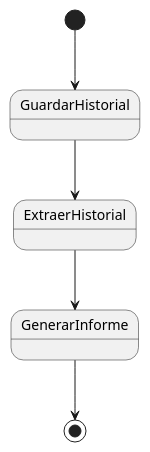
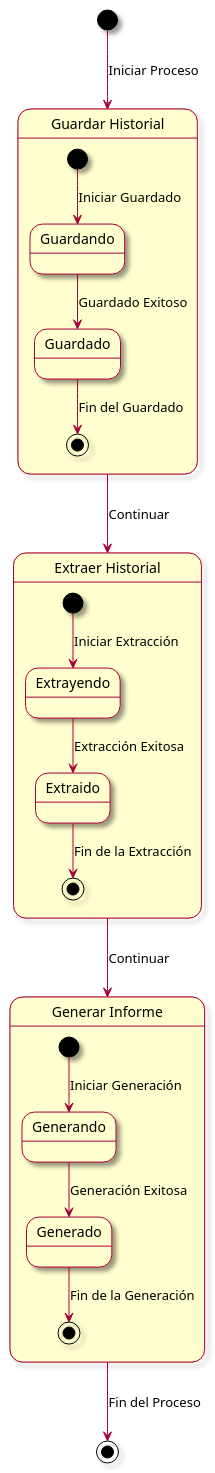
One commit to mmasias/23-24-IdSw1-SDR changed the diagram in modelosUML/CasosDeUsos/CasosDetallados/ExportarInforme.puml. Above: the diagram before and after it, drawn with PlantUML. The commit also changed 1 other file, not shown here.

Commit message:
Dos casos de usos detallados, el de Filtrados y Exportar informe

```diff
--- a/modelosUML/CasosDeUsos/CasosDetallados/ExportarInforme.puml
+++ b/modelosUML/CasosDeUsos/CasosDetallados/ExportarInforme.puml
@@ -1,10 +1,27 @@
 @startuml
+skin rose
 
-state GuardarHistorial
-state GenerarInforme
-state ExtraerHistorial
-[*] -->GuardarHistorial
-GuardarHistorial--> ExtraerHistorial
-ExtraerHistorial-->GenerarInforme
-GenerarInforme--> [*]
+state "Guardar Historial" as GuardarHistorial {
+  [*] --> Guardando : Iniciar Guardado
+  Guardando --> Guardado : Guardado Exitoso
+  Guardado --> [*] : Fin del Guardado
+}
+
+state "Extraer Historial" as ExtraerHistorial {
+  [*] --> Extrayendo : Iniciar Extracción
+  Extrayendo --> Extraido : Extracción Exitosa
+  Extraido --> [*] : Fin de la Extracción
+}
+
+state "Generar Informe" as GenerarInforme {
+  [*] --> Generando : Iniciar Generación
+  Generando --> Generado : Generación Exitosa
+  Generado --> [*] : Fin de la Generación
+}
+
+[*] --> GuardarHistorial : Iniciar Proceso
+
+GuardarHistorial --> ExtraerHistorial : Continuar
+ExtraerHistorial --> GenerarInforme : Continuar
+GenerarInforme --> [*] : Fin del Proceso
 @enduml
```
